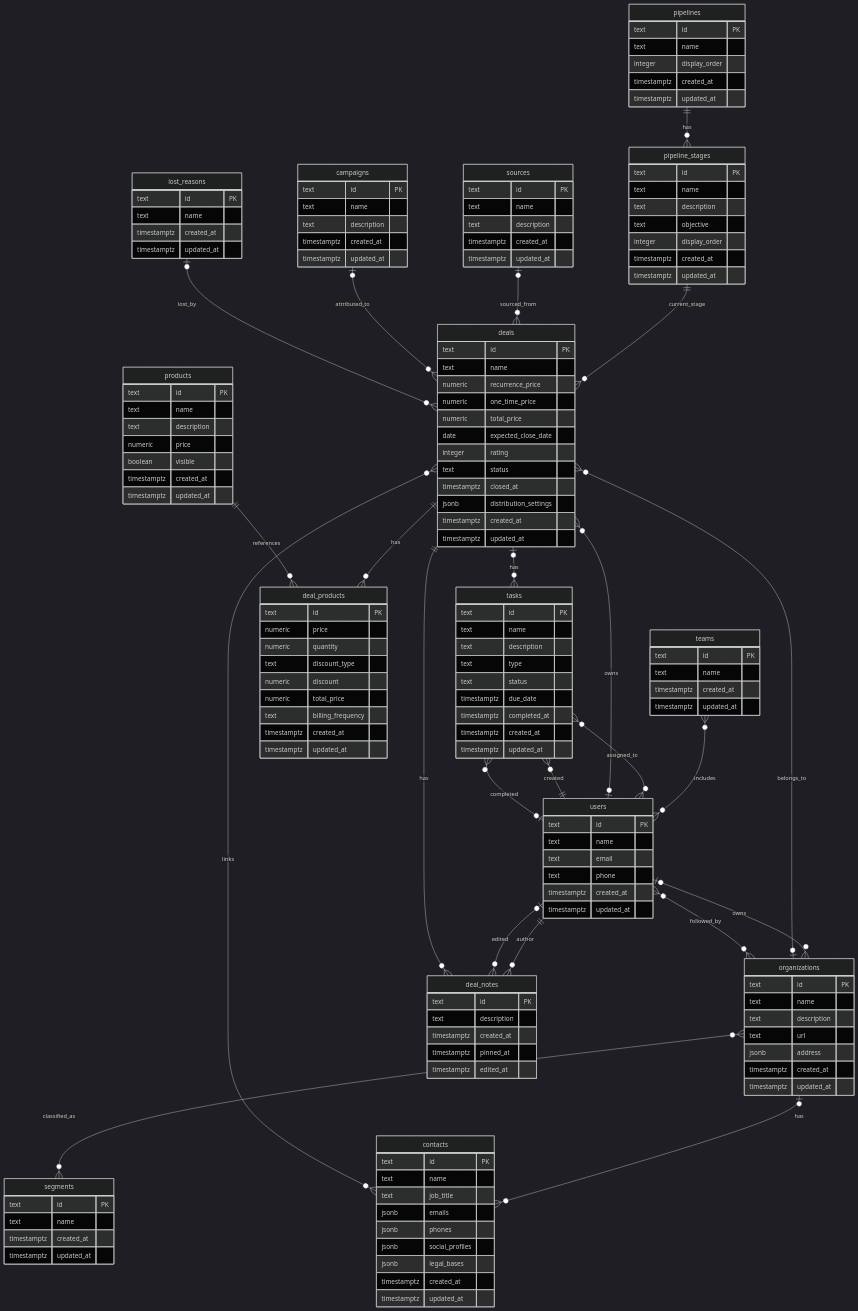
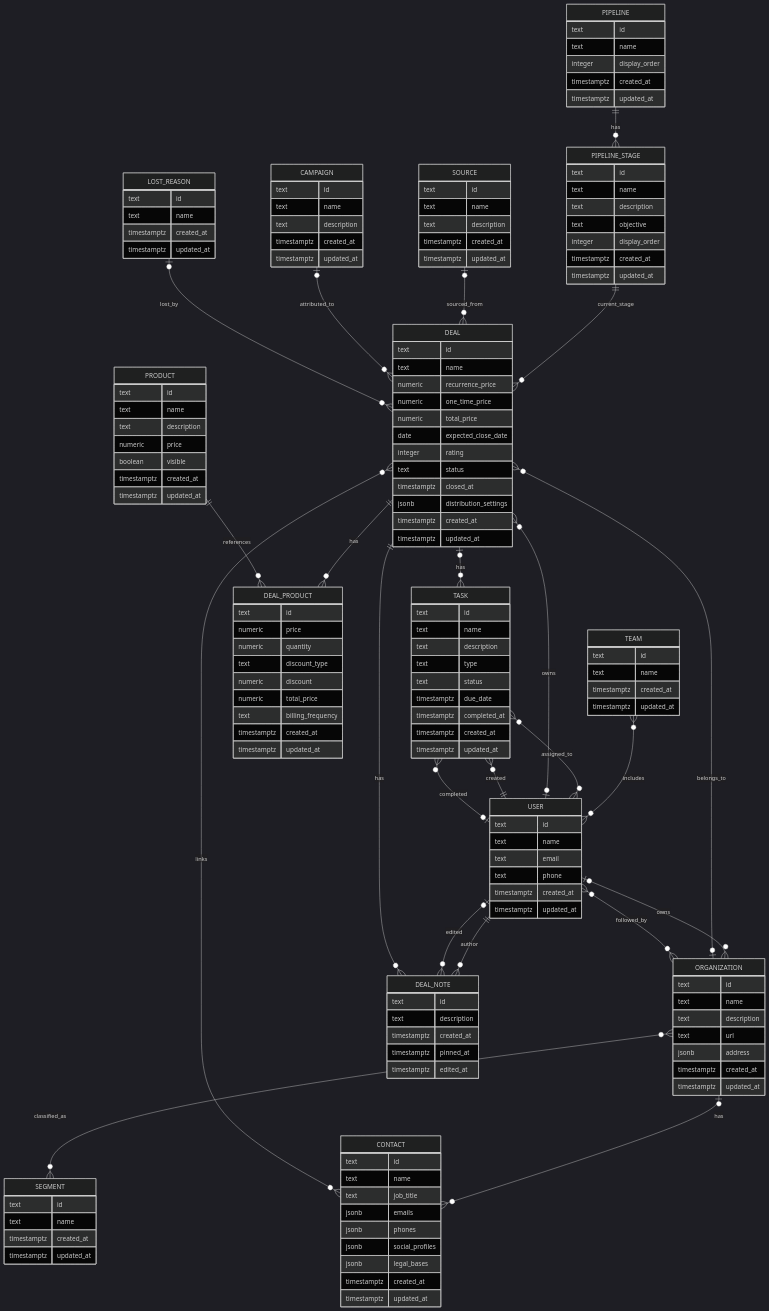
One commit to hcubasd/curly-spoon changed the first of 2 diagrams in README.md. Above: the diagram before and after it, drawn with Mermaid (dark theme). The commit also changed other lines of this file and 4 other files, not shown here.

Commit message:
normalise ERD entity names to singular uppercase and strip PK/FK annotations

````diff
--- a/README.md
+++ b/README.md
@@ -66,30 +66,30 @@
 ```mermaid
 erDiagram
-    campaigns {
-        text id PK
+    CAMPAIGN {
+        text id
         text name
         text description
         timestamptz created_at
         timestamptz updated_at
     }
 
-    lost_reasons {
-        text id PK
+    LOST_REASON {
+        text id
         text name
         timestamptz created_at
         timestamptz updated_at
     }
 
-    pipelines {
-        text id PK
+    PIPELINE {
+        text id
         text name
         integer display_order
         timestamptz created_at
         timestamptz updated_at
     }
 
-    pipeline_stages {
-        text id PK
+    PIPELINE_STAGE {
+        text id
         text name
         text description
         text objective
@@ -98,8 +98,8 @@
         timestamptz updated_at
     }
 
-    products {
-        text id PK
+    PRODUCT {
+        text id
         text name
         text description
         numeric price
@@ -108,30 +108,30 @@
         timestamptz updated_at
     }
 
-    segments {
-        text id PK
+    SEGMENT {
+        text id
         text name
         timestamptz created_at
         timestamptz updated_at
     }
 
-    sources {
-        text id PK
+    SOURCE {
+        text id
         text name
         text description
         timestamptz created_at
         timestamptz updated_at
     }
 
-    teams {
-        text id PK
+    TEAM {
+        text id
         text name
         timestamptz created_at
         timestamptz updated_at
     }
 
-    users {
-        text id PK
+    USER {
+        text id
         text name
         text email
         text phone
@@ -139,8 +139,8 @@
         timestamptz updated_at
     }
 
-    organizations {
-        text id PK
+    ORGANIZATION {
+        text id
         text name
         text description
         text url
@@ -149,8 +149,8 @@
         timestamptz updated_at
     }
 
-    contacts {
-        text id PK
+    CONTACT {
+        text id
         text name
         text job_title
         jsonb emails
@@ -161,8 +161,8 @@
         timestamptz updated_at
     }
 
-    deals {
-        text id PK
+    DEAL {
+        text id
         text name
         numeric recurrence_price
         numeric one_time_price
@@ -176,8 +176,8 @@
         timestamptz updated_at
     }
 
-    deal_products {
-        text id PK
+    DEAL_PRODUCT {
+        text id
         numeric price
         numeric quantity
         text discount_type
@@ -188,16 +188,16 @@
         timestamptz updated_at
     }
 
-    deal_notes {
-        text id PK
+    DEAL_NOTE {
+        text id
         text description
         timestamptz created_at
         timestamptz pinned_at
         timestamptz edited_at
     }
 
-    tasks {
-        text id PK
+    TASK {
+        text id
         text name
         text description
         text type
@@ -208,26 +208,26 @@
         timestamptz updated_at
     }
 
-    pipelines ||--o{ pipeline_stages : "has"
-    pipeline_stages ||--o{ deals : "current_stage"
-    users o|--o{ organizations : "owns"
-    users o|--o{ deals : "owns"
-    users ||--o{ deal_notes : "author"
-    users o|--o{ deal_notes : "edited"
-    users ||--o{ tasks : "created"
-    users o|--o{ tasks : "completed"
-    sources o|--o{ deals : "sourced_from"
-    campaigns o|--o{ deals : "attributed_to"
-    lost_reasons o|--o{ deals : "lost_by"
-    organizations o|--o{ contacts : "has"
-    organizations o|--o{ deals : "belongs_to"
-    deals ||--o{ deal_products : "has"
-    products ||--o{ deal_products : "references"
-    deals ||--o{ deal_notes : "has"
-    deals o|--o{ tasks : "has"
-    deals }o--o{ contacts : "links"
-    organizations }o--o{ segments : "classified_as"
-    organizations }o--o{ users : "followed_by"
-    teams }o--o{ users : "includes"
-    tasks }o--o{ users : "assigned_to"
+    PIPELINE ||--o{ PIPELINE_STAGE : "has"
+    PIPELINE_STAGE ||--o{ DEAL : "current_stage"
+    USER o|--o{ ORGANIZATION : "owns"
+    USER o|--o{ DEAL : "owns"
+    USER ||--o{ DEAL_NOTE : "author"
+    USER o|--o{ DEAL_NOTE : "edited"
+    USER ||--o{ TASK : "created"
+    USER o|--o{ TASK : "completed"
+    SOURCE o|--o{ DEAL : "sourced_from"
+    CAMPAIGN o|--o{ DEAL : "attributed_to"
+    LOST_REASON o|--o{ DEAL : "lost_by"
+    ORGANIZATION o|--o{ CONTACT : "has"
+    ORGANIZATION o|--o{ DEAL : "belongs_to"
+    DEAL ||--o{ DEAL_PRODUCT : "has"
+    PRODUCT ||--o{ DEAL_PRODUCT : "references"
+    DEAL ||--o{ DEAL_NOTE : "has"
+    DEAL o|--o{ TASK : "has"
+    DEAL }o--o{ CONTACT : "links"
+    ORGANIZATION }o--o{ SEGMENT : "classified_as"
+    ORGANIZATION }o--o{ USER : "followed_by"
+    TEAM }o--o{ USER : "includes"
+    TASK }o--o{ USER : "assigned_to"
 ```
````
